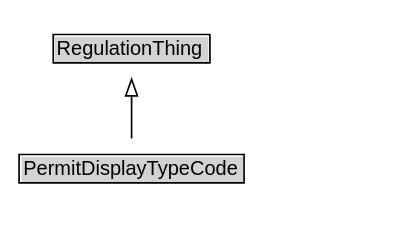
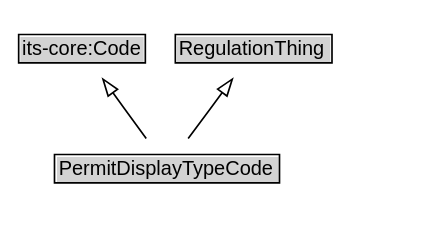
Before and after one commit to k-vaughn/ontology-its-regulation: the diagram in docs/diagrams/PermitDisplayTypeCode.dot, drawn with Graphviz. The commit also changed 40 other files, not shown here.

```diff
--- a/docs/diagrams/PermitDisplayTypeCode.dot
+++ b/docs/diagrams/PermitDisplayTypeCode.dot
@@ -1,19 +1,21 @@
 // Diagram for PermitDisplayTypeCode
 digraph {
 	graph [overlap=false rankdir=TB splines=true]
 	node [fontname=Arial fontsize=12 margin=0 shape=none]
 	edge [fontname=Arial fontsize=11]
 	{
 		rank=source
+		"its-core_Code" [label=<<TABLE BORDER="1" CELLBORDER="0" CELLSPACING="0" CELLPADDING="1"><TR><TD BGCOLOR="lightgray" ALIGN="CENTER">its-core:Code</TD></TR></TABLE>> URL="https://w3id.org/itsdata/core/v1/Code" margin=0]
 		RegulationThing [label=<<TABLE BORDER="1" CELLBORDER="0" CELLSPACING="0" CELLPADDING="1"><TR><TD BGCOLOR="lightgray" ALIGN="CENTER">RegulationThing</TD></TR></TABLE>> URL="../RegulationThing" margin=0]
 	}
 	PermitDisplayTypeCode [label=<<TABLE BORDER="1" CELLBORDER="0" CELLSPACING="0" CELLPADDING="1"><TR><TD BGCOLOR="lightgray" ALIGN="CENTER">PermitDisplayTypeCode</TD></TR></TABLE>> URL="../PermitDisplayTypeCode" margin=0]
 	{
 		rank=max
 	}
 	subgraph cluster_associated {
 		label="" style=invis
 		Invis [label=<<TABLE BORDER="0" CELLBORDER="0" CELLSPACING="0" CELLPADDING="1"><TR><TD></TD></TR></TABLE>> margin=0 style=invis]
 	}
+	PermitDisplayTypeCode -> "its-core_Code" [arrowhead=onormal style=solid]
 	PermitDisplayTypeCode -> RegulationThing [arrowhead=onormal style=solid]
 }
```
